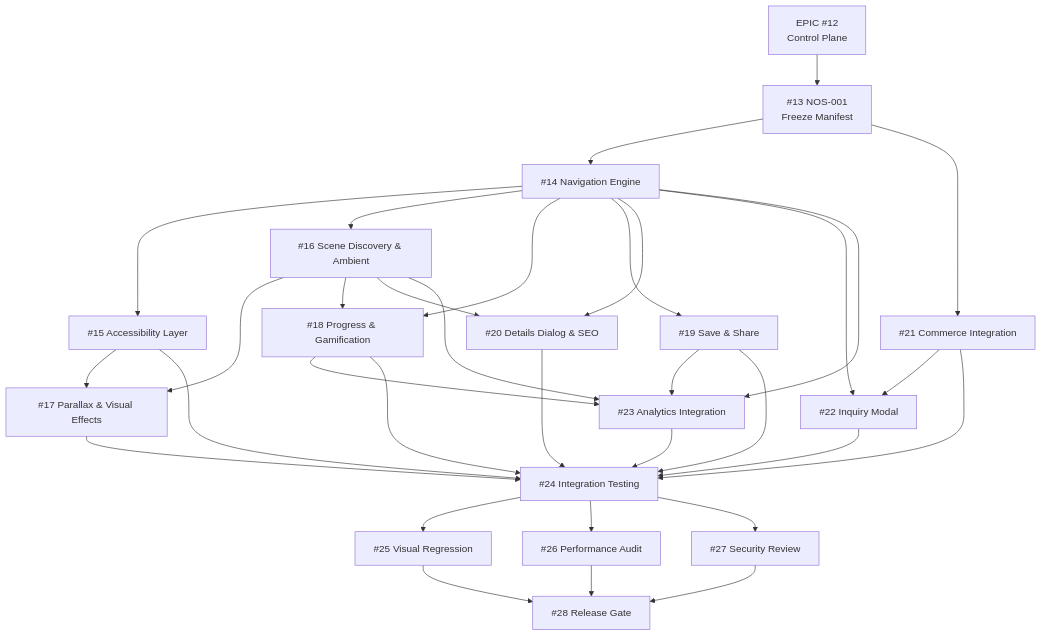
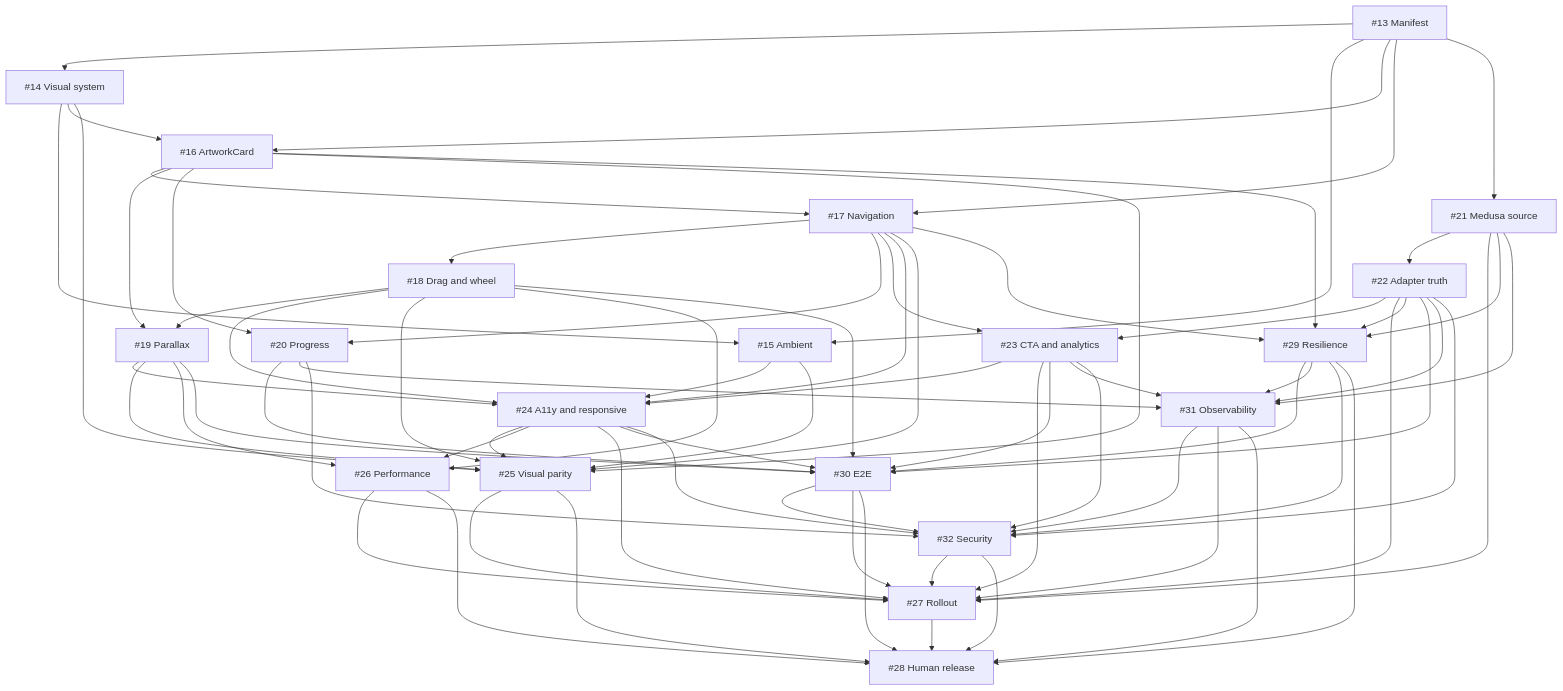
One commit to Fernadoteixeira/dtc-starter changed the diagram in docs/artifacts/bb-nos/nos-001/13-dependency-dag.md. Above: the diagram before and after it, drawn with Mermaid. The commit also changed other lines of this file and 15 other files, not shown here.

````diff
--- a/docs/artifacts/bb-nos/nos-001/13-dependency-dag.md
+++ b/docs/artifacts/bb-nos/nos-001/13-dependency-dag.md
@@ -12,53 +12,94 @@
 ```mermaid
 graph TD
-    EPIC12[EPIC #12<br/>Control Plane]
-    I13[#13 NOS-001<br/>Freeze Manifest]
-    I14[#14 Navigation Engine]
-    I15[#15 Accessibility Layer]
-    I16[#16 Scene Discovery & Ambient]
-    I17[#17 Parallax & Visual Effects]
-    I18[#18 Progress & Gamification]
-    I19[#19 Save & Share]
-    I20[#20 Details Dialog & SEO]
-    I21[#21 Commerce Integration]
-    I22[#22 Inquiry Modal]
-    I23[#23 Analytics Integration]
-    I24[#24 Integration Testing]
-    I25[#25 Visual Regression]
-    I26[#26 Performance Audit]
-    I27[#27 Security Review]
-    I28[#28 Release Gate]
+    I13[#13 Manifest]
+    I14[#14 Visual system]
+    I15[#15 Ambient]
+    I16[#16 ArtworkCard]
+    I17[#17 Navigation]
+    I18[#18 Drag and wheel]
+    I19[#19 Parallax]
+    I20[#20 Progress]
+    I21[#21 Medusa source]
+    I22[#22 Adapter truth]
+    I23[#23 CTA and analytics]
+    I24[#24 A11y and responsive]
+    I25[#25 Visual parity]
+    I26[#26 Performance]
+    I29[#29 Resilience]
+    I30[#30 E2E]
+    I31[#31 Observability]
+    I32[#32 Security]
+    I27[#27 Rollout]
+    I28[#28 Human release]
 
-    EPIC12 --> I13
     I13 --> I14
+    I13 --> I15
+    I13 --> I16
+    I13 --> I17
     I13 --> I21
     I14 --> I15
     I14 --> I16
-    I15 --> I17
+    I14 --> I25
     I16 --> I17
-    I14 --> I18
-    I16 --> I18
-    I14 --> I19
-    I14 --> I20
+    I16 --> I19
     I16 --> I20
+    I16 --> I25
+    I16 --> I29
+    I17 --> I18
+    I17 --> I20
+    I17 --> I23
+    I17 --> I24
+    I17 --> I25
+    I17 --> I29
+    I18 --> I19
+    I18 --> I24
+    I18 --> I25
+    I18 --> I26
+    I18 --> I30
+    I19 --> I24
+    I19 --> I25
+    I19 --> I26
+    I19 --> I30
+    I15 --> I24
+    I15 --> I25
     I21 --> I22
-    I14 --> I22
-    I14 --> I23
-    I16 --> I23
-    I18 --> I23
-    I19 --> I23
-    I15 --> I24
-    I17 --> I24
-    I18 --> I24
-    I19 --> I24
+    I21 --> I27
+    I21 --> I29
+    I21 --> I31
+    I22 --> I23
+    I22 --> I27
+    I22 --> I29
+    I22 --> I30
+    I22 --> I31
+    I22 --> I32
     I23 --> I24
-    I20 --> I24
-    I21 --> I24
-    I22 --> I24
+    I23 --> I27
+    I23 --> I30
+    I23 --> I31
+    I23 --> I32
+    I20 --> I30
+    I20 --> I31
+    I20 --> I32
     I24 --> I25
     I24 --> I26
     I24 --> I27
+    I24 --> I30
+    I24 --> I32
+    I29 --> I30
+    I29 --> I31
+    I29 --> I32
+    I30 --> I32
+    I31 --> I32
+    I25 --> I27
+    I26 --> I27
+    I30 --> I27
+    I31 --> I27
+    I32 --> I27
     I25 --> I28
     I26 --> I28
+    I29 --> I28
+    I30 --> I28
+    I31 --> I28
+    I32 --> I28
     I27 --> I28
 ```
````
